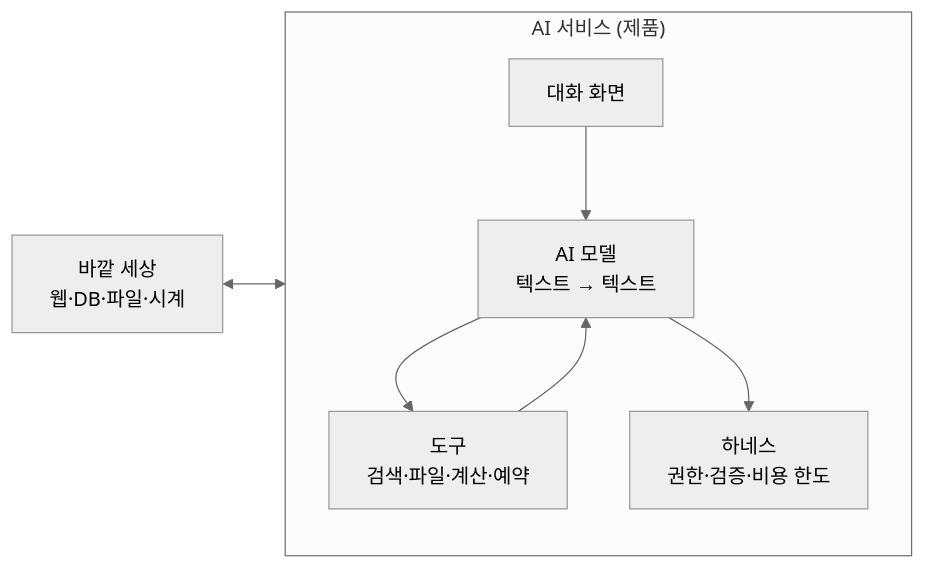
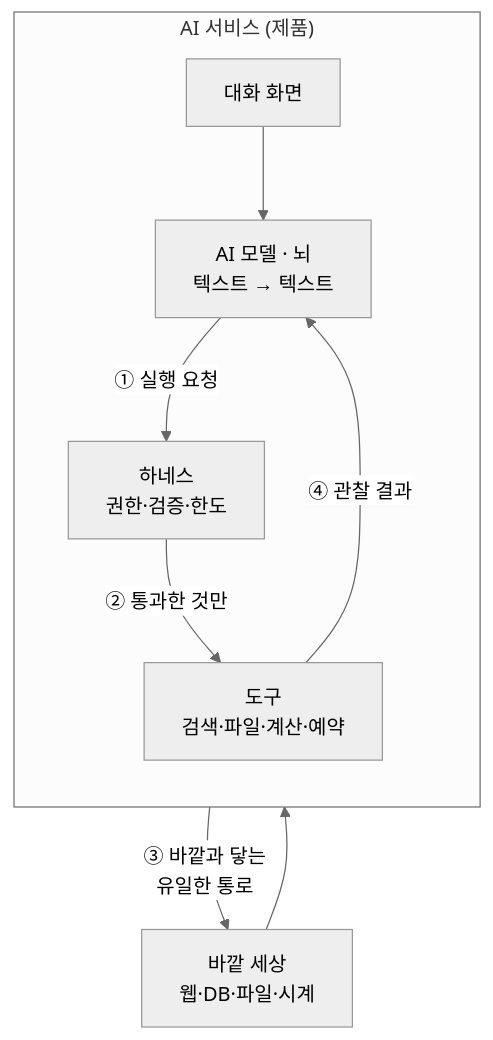
One commit to 2026-ai-service-engineering-a/ai_service_engineering-track_a changed the first of 7 diagrams in site/src/content/courses/ko/session-05/index.mdx. Above: the diagram before and after it, drawn with Mermaid (neutral theme). The commit also changed 1 other file, not shown here.

Commit message:
Redraw the brain-and-body diagram so tools are the only way out
바깥 세상이 서비스 박스 테두리에 붙어 있어서 "모델이 도구를 통해 바깥과
닿는다"가 보이지 않았다. 하네스도 모델의 출력을 받는 형제 상자처럼 그려져
있었는데, 실제로는 도구 호출을 가로막는 관문이다.

경로를 번호로 명시했다: 모델 → ① 실행 요청 → 하네스 → ② 통과한 것만 →
도구 → ③ 바깥과 닿는 유일한 통로 → 바깥 세상, 그리고 ④ 관찰 결과로 복귀.
슬라이드에서 가로로 길어 작게 렌더되던 것도 세로 흐름으로 바꿔 키웠다.

Claude-Session: https://claude.ai/code/session_01HcPk5vBVhuTGnLJchieYC1

````diff
--- a/site/src/content/courses/ko/session-05/index.mdx
+++ b/site/src/content/courses/ko/session-05/index.mdx
@@ -132,11 +132,12 @@
 ```mermaid
-flowchart LR
+flowchart TB
     subgraph S["AI 서비스 (제품)"]
         direction TB
-        UI["대화 화면"] --> M["AI 모델<br/>텍스트 → 텍스트"]
-        M --> T["도구<br/>검색·파일·계산·예약"]
-        T --> M
-        M --> G["하네스<br/>권한·검증·비용 한도"]
+        UI["대화 화면"] --> M["AI 모델 · 뇌<br/>텍스트 → 텍스트"]
+        M -->|"① 실행 요청"| H["하네스<br/>권한·검증·한도"]
+        H -->|"② 통과한 것만"| T["도구<br/>검색·파일·계산·예약"]
+        T -->|"④ 관찰 결과"| M
     end
-    W["바깥 세상<br/>웹·DB·파일·시계"] <--> T
+    T -->|"③ 바깥과 닿는<br/>유일한 통로"| W["바깥 세상<br/>웹·DB·파일·시계"]
+    W --> T
 ```
````
